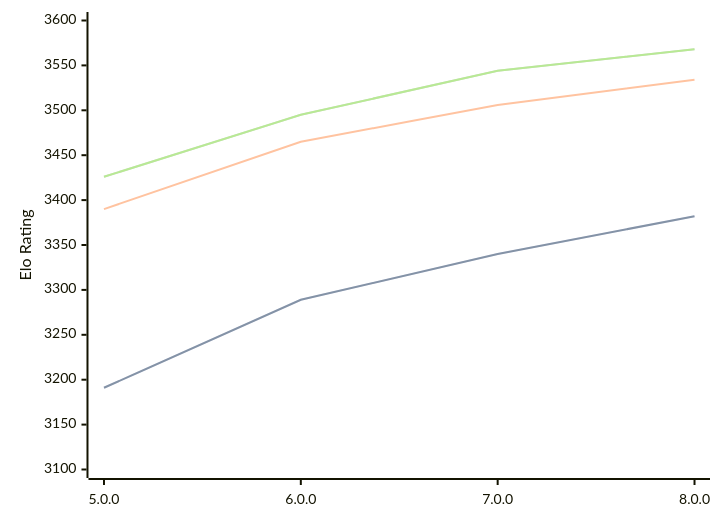
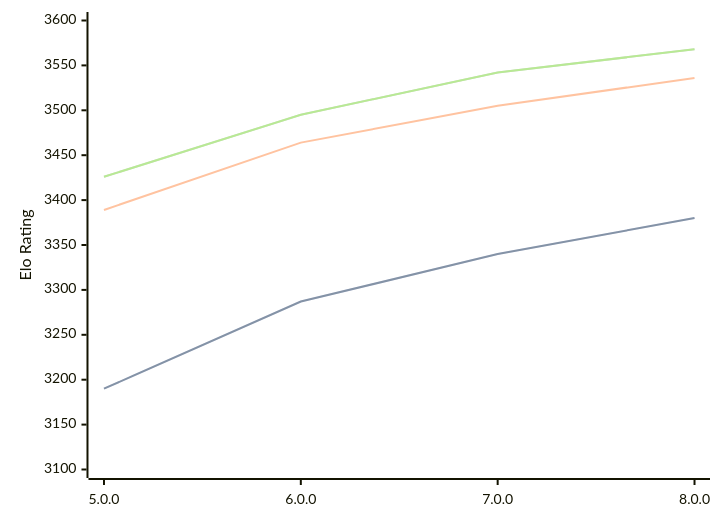
The diagram in engines/Stormphrax.md (computer-chess-index/cci), drawn with Mermaid before and after one commit. The commit also changed other lines of this file, not shown here.

Commit message:
Update CCI Ratings (ELO VLTC) - 2026-08-03

````diff
--- a/engines/Stormphrax.md
+++ b/engines/Stormphrax.md
@@ -39,11 +39,11 @@
 ```mermaid
 %%{init: {"theme":"base","themeVariables":{"seriesColors:['#a3a3a3','#222221','#faa371']}}}%%
 xychart-beta
   x-axis ["5.0.0", "6.0.0", "7.0.0", "8.0.0"]
   y-axis "Elo Rating" 3100 --> 3600
-  line "STC (8.0+0.08s)" [3191, 3289, 3340, 3382]
-  line "STC (8.0+0.08s)" [3191, 3289, 3340, 3382]
-  line "LTC (60.0+0.60s)" [3390, 3465, 3506, 3534]
-  line "VLTC (2m24s+1.12s)" [3426, 3495, 3544, 3568]
-  line "VLTC (2m24s+1.12s)" [3426, 3495, 3544, 3568]
+  line "STC (8.0+0.08s)" [3190, 3287, 3340, 3380]
+  line "STC (8.0+0.08s)" [3190, 3287, 3340, 3380]
+  line "LTC (60.0+0.60s)" [3389, 3464, 3505, 3536]
+  line "VLTC (2m24s+1.12s)" [3426, 3495, 3542, 3568]
+  line "VLTC (2m24s+1.12s)" [3426, 3495, 3542, 3568]
 ```
````
